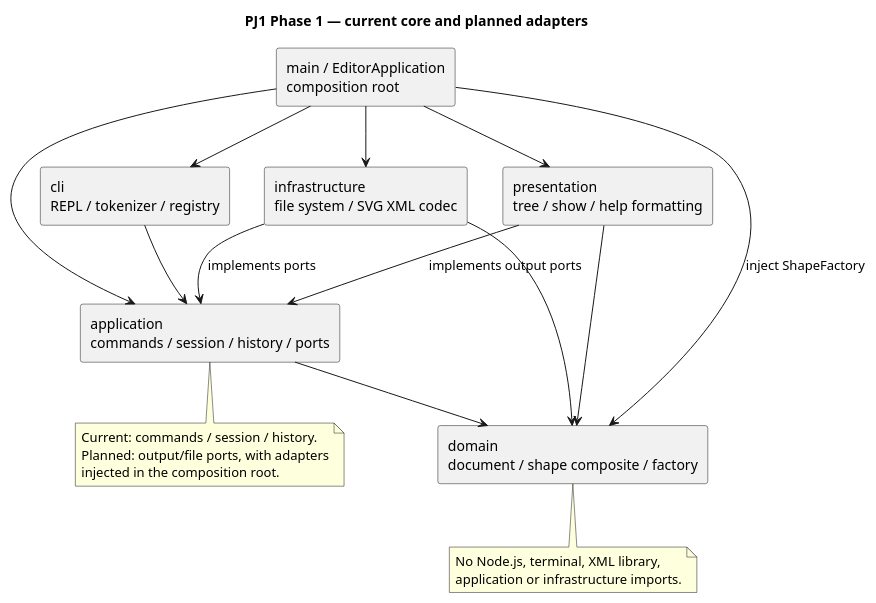
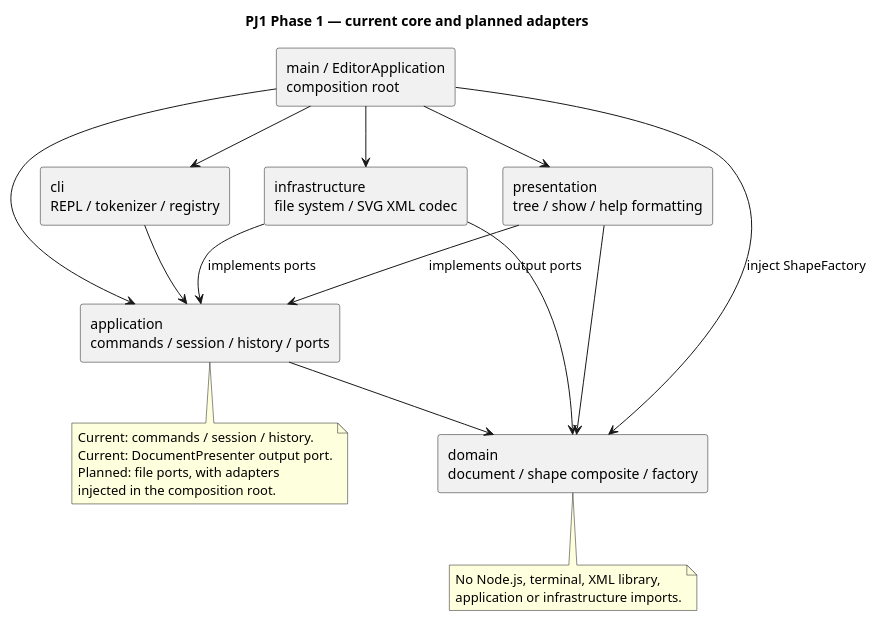
One commit to invvvversion-ysl/pj1-svg-editor changed the diagram in doc/architecture.puml. Above: the diagram before and after it, drawn with PlantUML. The commit also changed 2 other files, not shown here.

```diff
--- a/doc/architecture.puml
+++ b/doc/architecture.puml
@@ -1,30 +1,31 @@
 @startuml
 title PJ1 Phase 1 — current core and planned adapters
 skinparam componentStyle rectangle
 component "main / EditorApplication\ncomposition root" as Main
 component "cli\nREPL / tokenizer / registry" as Cli
 component "application\ncommands / session / history / ports" as App
 component "domain\ndocument / shape composite / factory" as Domain
 component "presentation\ntree / show / help formatting" as Presentation
 component "infrastructure\nfile system / SVG XML codec" as Infra
 Main --> Cli
 Main --> App
 Main --> Presentation
 Main --> Infra
 Main --> Domain : inject ShapeFactory
 Cli --> App
 App --> Domain
 Presentation --> Domain
 Presentation --> App : implements output ports
 Infra --> App : implements ports
 Infra --> Domain
 note bottom of Domain
   No Node.js, terminal, XML library,
   application or infrastructure imports.
 end note
 note bottom of App
   Current: commands / session / history.
-  Planned: output/file ports, with adapters
+  Current: DocumentPresenter output port.
+  Planned: file ports, with adapters
   injected in the composition root.
 end note
 @enduml
```
